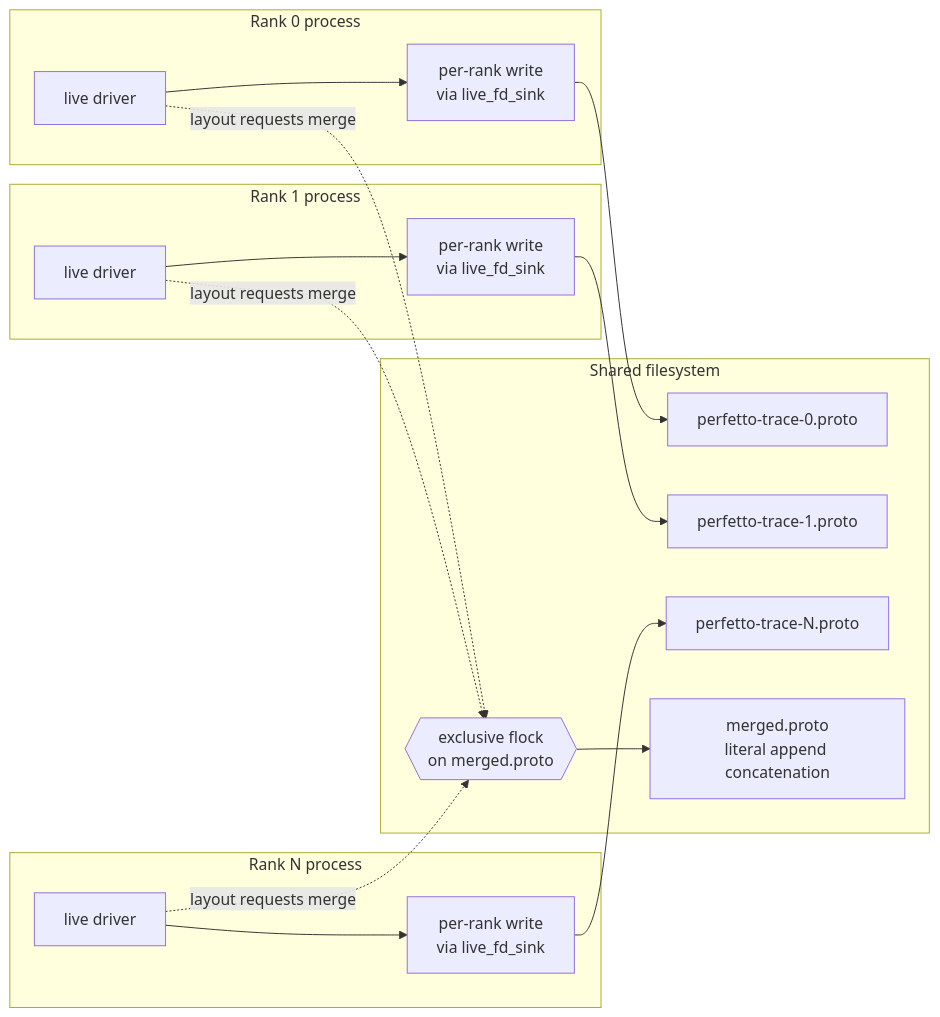
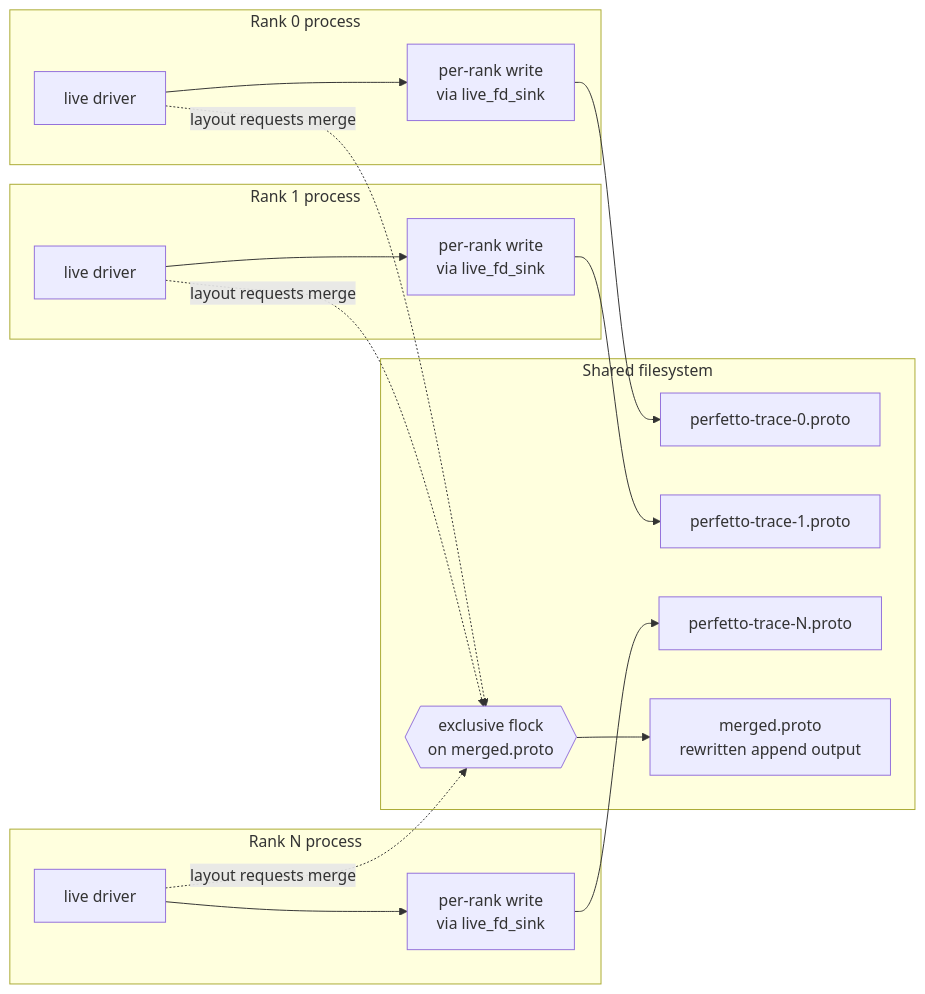
One commit to ROCm/rocm-systems changed the eighth of 8 diagrams in projects/rocprofiler-systems/docs/conceptual/perfetto-output-architecture.md. Above: the diagram before and after it, drawn with Mermaid. The commit also changed other lines of this file and 42 other files, not shown here.

````diff
--- a/projects/rocprofiler-systems/docs/conceptual/perfetto-output-architecture.md
+++ b/projects/rocprofiler-systems/docs/conceptual/perfetto-output-architecture.md
@@ -676,32 +679,32 @@
 ```mermaid
 flowchart LR
     subgraph Rank0["Rank 0 process"]
         R0_drv[live driver]
         R0_pp[per-rank write<br/>via live_fd_sink]
     end
     subgraph Rank1["Rank 1 process"]
         R1_drv[live driver]
         R1_pp[per-rank write<br/>via live_fd_sink]
     end
     subgraph RankN["Rank N process"]
         RN_drv[live driver]
         RN_pp[per-rank write<br/>via live_fd_sink]
     end
 
     subgraph Filesystem["Shared filesystem"]
         R0_file[perfetto-trace-0.proto]
         R1_file[perfetto-trace-1.proto]
         RN_file[perfetto-trace-N.proto]
         Lock{{exclusive flock<br/>on merged.proto}}
-        Merged[merged.proto<br/>literal append concatenation]
+        Merged[merged.proto<br/>rewritten append output]
     end
 
     R0_drv --> R0_pp --> R0_file
     R1_drv --> R1_pp --> R1_file
     RN_drv --> RN_pp --> RN_file
 
     R0_drv -.layout requests merge.-> Lock
     R1_drv -.layout requests merge.-> Lock
     RN_drv -.layout requests merge.-> Lock
     Lock --> Merged
 ```
````
